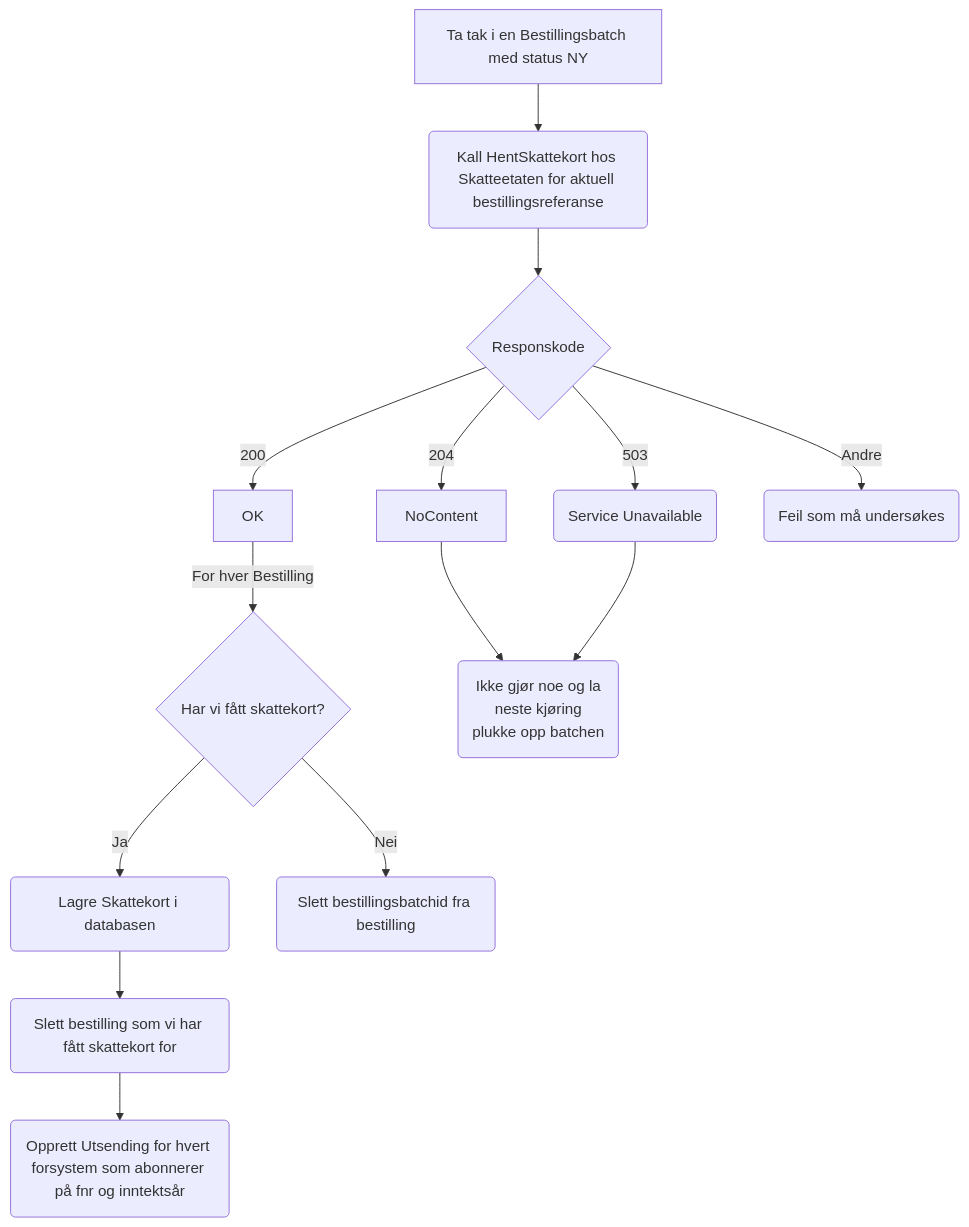
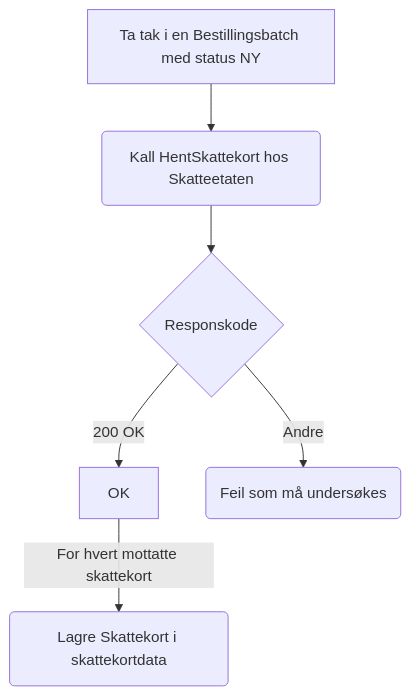
One commit to navikt/sokos-skattekort changed the fifth of 9 diagrams in dokumentasjon/arkitektur/workflows.md. Above: the diagram before and after it, drawn with Mermaid. The commit also changed other lines of this file and 1 other file, not shown here.

````diff
--- a/dokumentasjon/arkitektur/workflows.md
+++ b/dokumentasjon/arkitektur/workflows.md
@@ -79,16 +81,7 @@
 ```mermaid
 flowchart TD
-    BB[Ta tak i en Bestillingsbatch med status NY] --> HS(Kall HentSkattekort hos Skatteetaten for aktuell bestillingsreferanse) -->
-    SVAR{Responskode} -->|200|OK -->|For hver Bestilling|SK{Har vi fått skattekort?} -->|Ja|L(Lagre Skattekort i databasen) -->
-SLETT(Slett bestilling som vi har fått skattekort for) -->
-OPPRETT(Opprett Utsending for hvert forsystem som abonnerer på fnr og inntektsår)
-SK -->|Nei|RESET(Slett bestillingsbatchid fra bestilling)
-
-SVAR -->|204|NoContent --> VENT(Ikke gjør noe og la
-neste kjøring
-plukke opp batchen)
-
-SVAR -->|503|503(Service Unavailable) --> VENT
+    BB[Ta tak i en Bestillingsbatch med status NY] --> HS(Kall HentSkattekort hos Skatteetaten) -->
+    SVAR{Responskode} -->|200 OK|OK -->|For hvert mottatte skattekort| L(Lagre Skattekort i skattekortdata) 
 
 SVAR -->|Andre|FEIL(Feil som må undersøkes)
 ```
````
